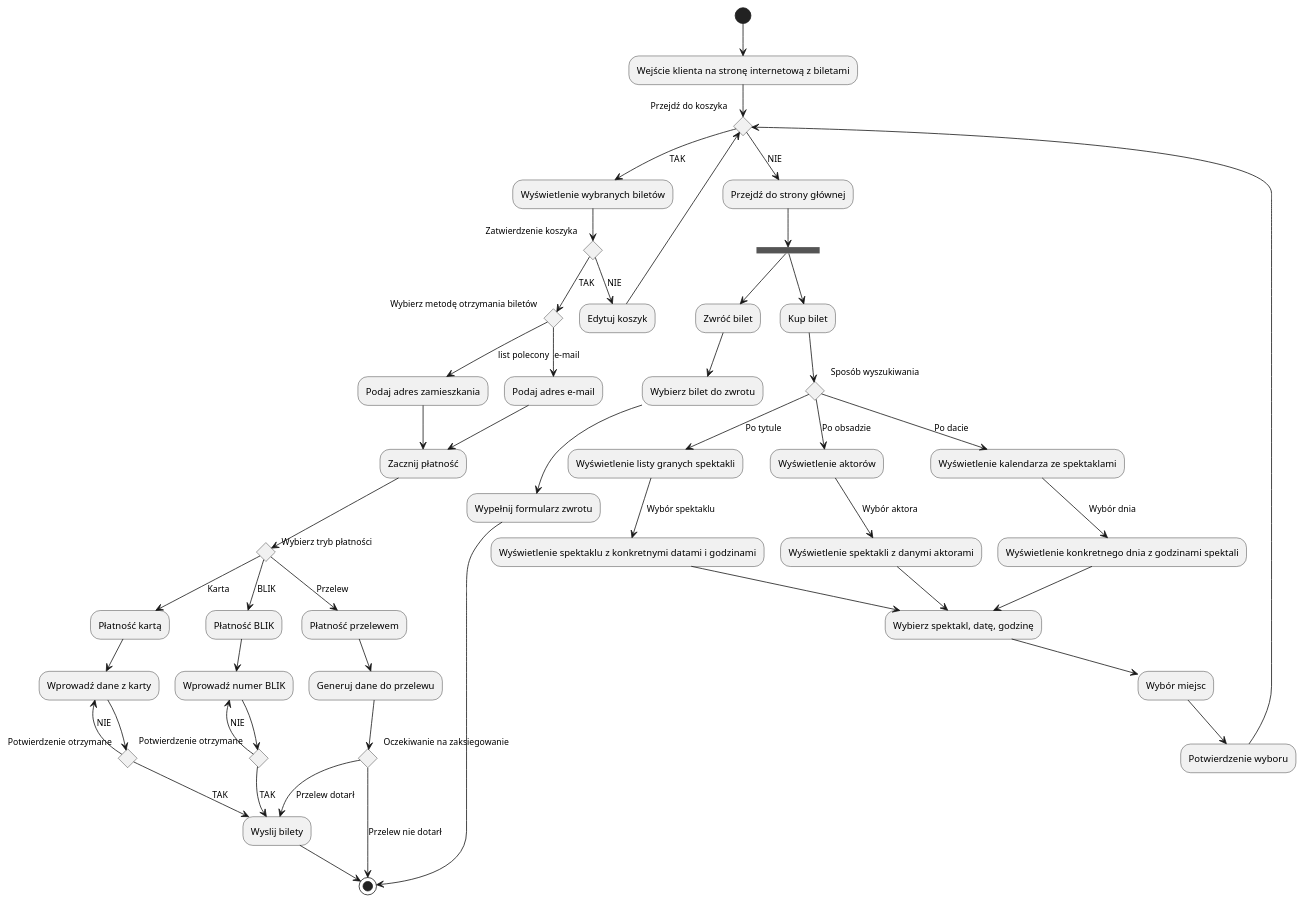
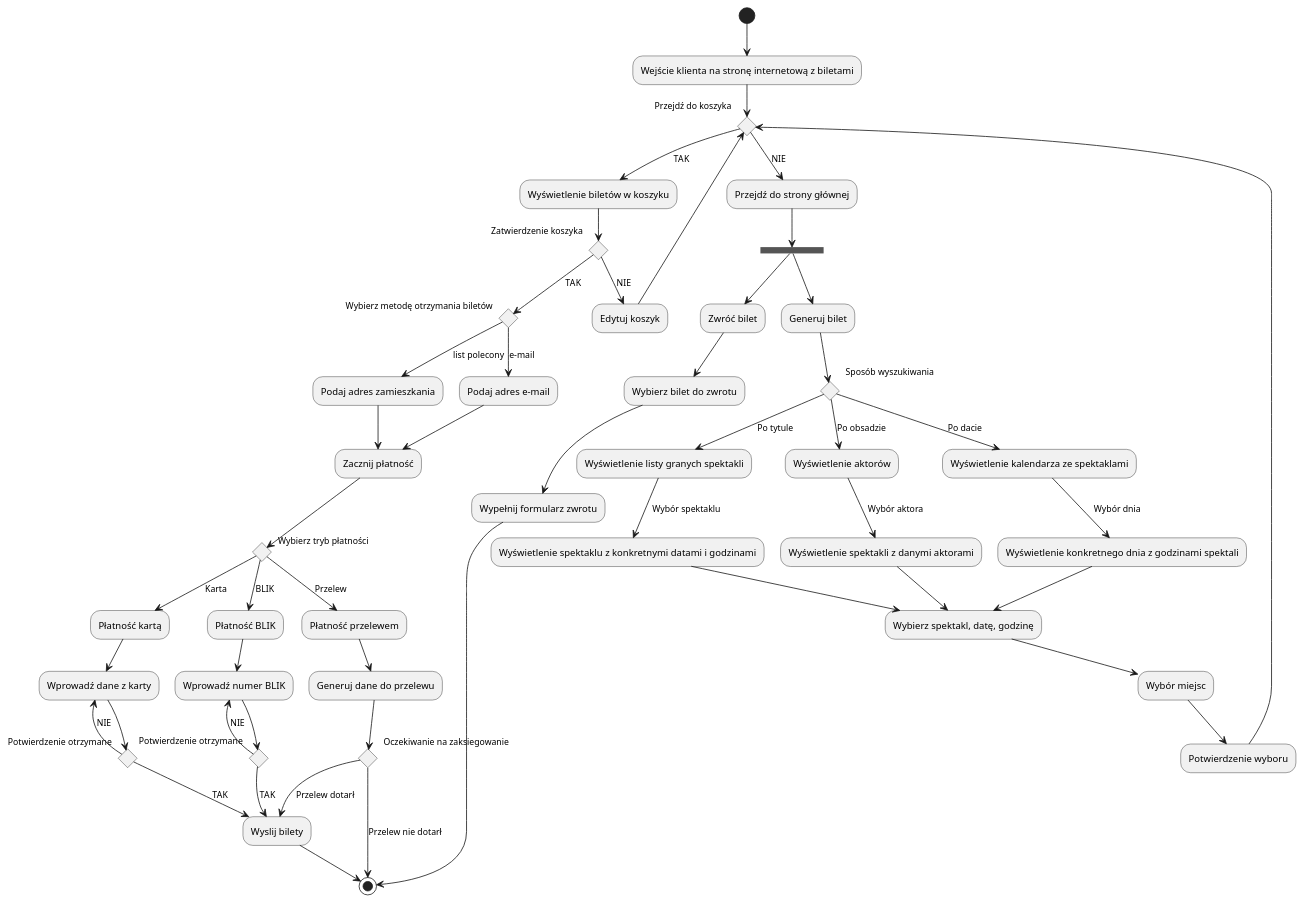
The diagram in activity_diagram.plantuml (c4mp3r9/obiektowe), drawn with PlantUML before and after one commit. The commit also changed 3 other files, not shown here.

```diff
--- a/activity_diagram.plantuml
+++ b/activity_diagram.plantuml
@@ -1,78 +1,78 @@
 @startuml ActivityDiagram
 
 (*) --> "Wejście klienta na stronę internetową z biletami"
 if "Przejdź do koszyka" as if1 then 
-  --> [TAK] "Wyświetlenie wybranych biletów"
+  --> [TAK] "Wyświetlenie biletów w koszyku"
   --> if "Zatwierdzenie koszyka" as if2 then
     --> [TAK] if "Wybierz metodę otrzymania biletów" as if5 then
       --> [e-mail] "Podaj adres e-mail"
       --> "Zacznij płatność"
     else
       --> [list polecony] "Podaj adres zamieszkania"
       --> "Zacznij płatność"
     endif
     --> if "Wybierz tryb płatności" as if3 then
       --> [Karta] "Płatność kartą"
       --> "Wprowadź dane z karty"
       --> if "Potwierdzenie otrzymane" as if8 then
         --> [TAK] "Wyslij bilety"
         else
         --> [NIE] "Wprowadź dane z karty"
       endif
       else 
       --> [Przelew] "Płatność przelewem"
       --> "Generuj dane do przelewu"
       --> if "Oczekiwanie na zaksiegowanie" as if7 then
         --> [Przelew dotarł] "Wyslij bilety"
       else
         --> [Przelew nie dotarł] (*)
       endif
       else
       --> [BLIK] "Płatność BLIK"
       --> "Wprowadź numer BLIK"
       
       --> if "Potwierdzenie otrzymane" as if4 then
         --> [TAK] "Wyslij bilety"
         --> (*)
         else
         --> [NIE] "Wprowadź numer BLIK"
       endif
     endif
   
   else 
     --> [NIE] "Edytuj koszyk"
     --> if1
   endif
   
 
 
 else 
   --> [NIE] "Przejdź do strony głównej"
   --> === B1 ===
-  === B1 === --> "Kup bilet"
+  === B1 === --> "Generuj bilet"
   --> if "Sposób wyszukiwania" as if6 then 
     --> [Po dacie] "Wyświetlenie kalendarza ze spektaklami"
     --> [Wybór dnia] "Wyświetlenie konkretnego dnia z godzinami spektali"
     --> "Wybierz spektakl, datę, godzinę"
   else
     --> [Po tytule] "Wyświetlenie listy granych spektakli"
     --> [Wybór spektaklu] "Wyświetlenie spektaklu z konkretnymi datami i godzinami"
     --> "Wybierz spektakl, datę, godzinę"
   else
     --> [Po obsadzie] "Wyświetlenie aktorów"
     --> [Wybór aktora] "Wyświetlenie spektakli z danymi aktorami"
     --> "Wybierz spektakl, datę, godzinę"
   endif
 
 
   --> "Wybór miejsc"
   --> "Potwierdzenie wyboru"
   --> if1
 
   === B1 === --> "Zwróć bilet"
   --> "Wybierz bilet do zwrotu"
   --> "Wypełnij formularz zwrotu"
   --> (*)
 endif
 
 @enduml
```
